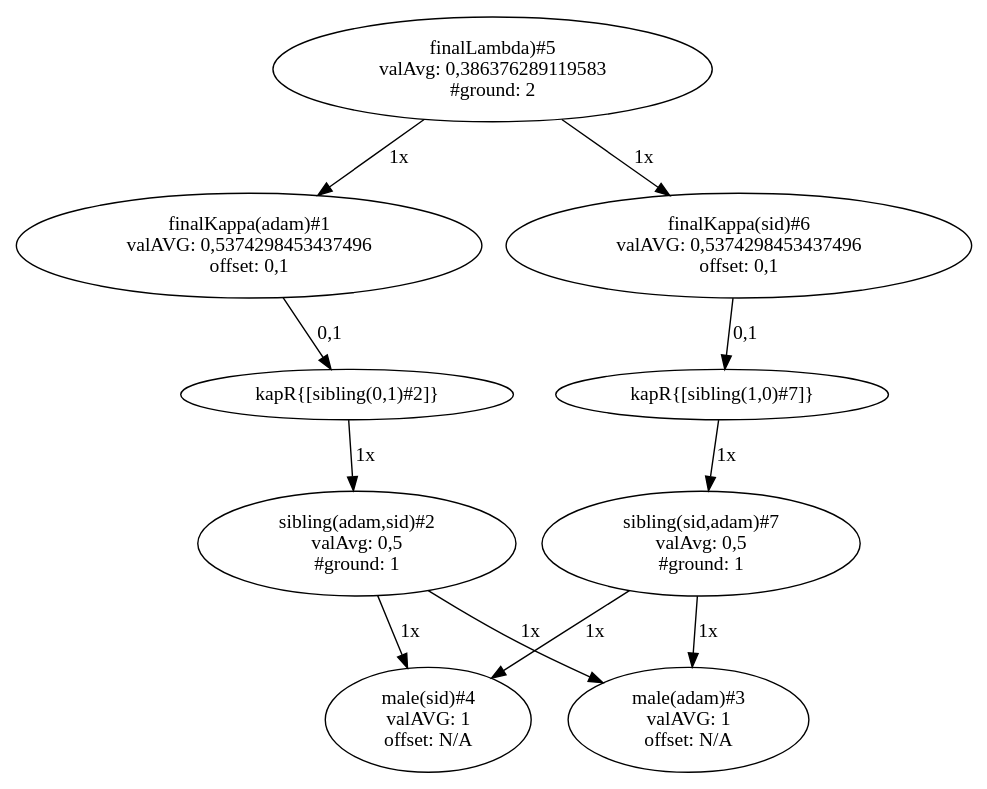
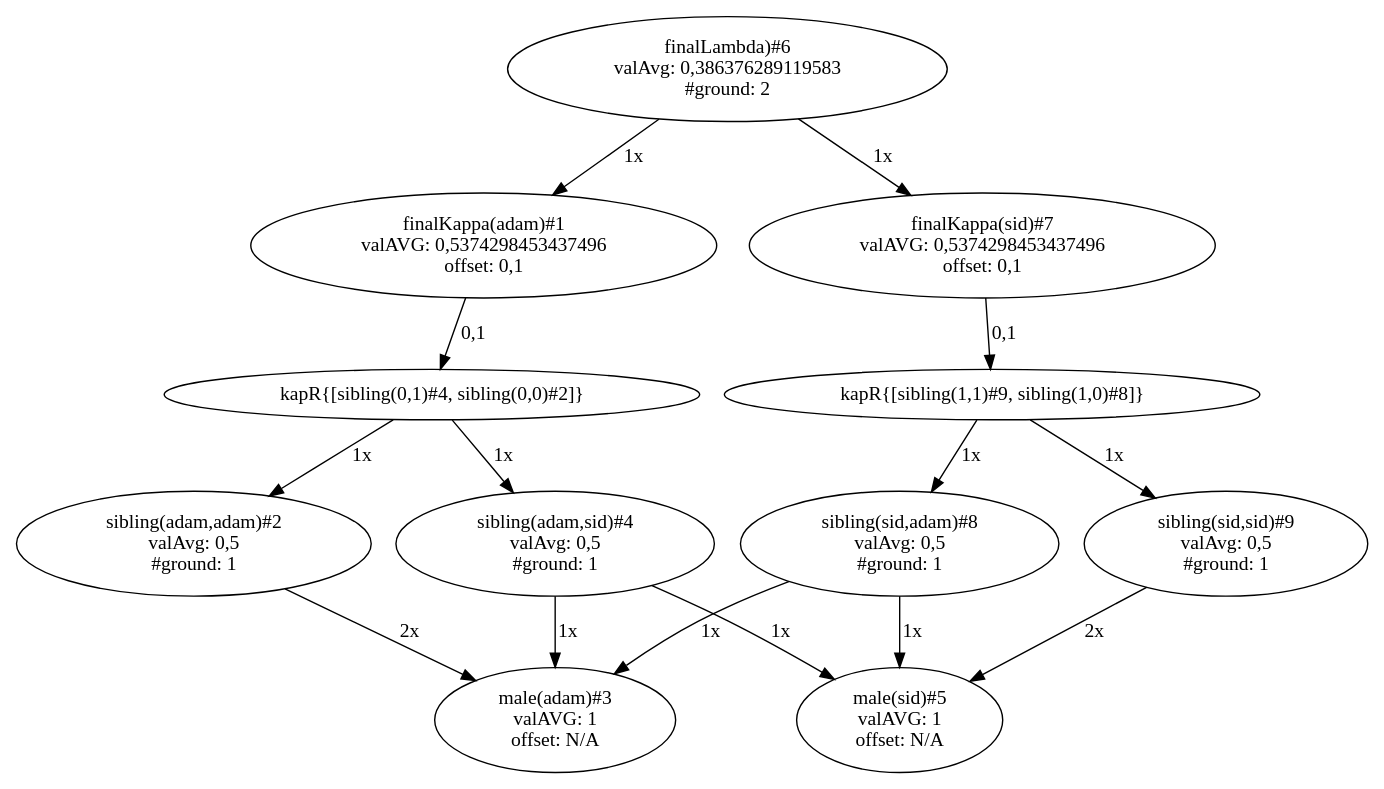
Before and after one commit to GustikS/Neurologic: the diagram in graph.dot, drawn with Graphviz. The commit also changed 9 other files, not shown here.

```diff
--- a/graph.dot
+++ b/graph.dot
@@ -1,44 +1,60 @@
 digraph G {
-"finalLambda)#5
+"finalLambda)#6
 valAvg: 0,386376289119583
 #ground: 2" -> "finalKappa(adam)#1
 valAVG: 0,5374298453437496
 offset: 0,1" [ label = "1x" ];
 "finalKappa(adam)#1
 valAVG: 0,5374298453437496
-offset: 0,1" -> "kapR{[sibling(0,1)#2]}" [ label = "0,1" ];
-"kapR{[sibling(0,1)#2]}" -> "sibling(adam,sid)#2
+offset: 0,1" -> "kapR{[sibling(0,1)#4, sibling(0,0)#2]}" [ label = "0,1" ];
+"kapR{[sibling(0,1)#4, sibling(0,0)#2]}" -> "sibling(adam,sid)#4
 valAvg: 0,5
 #ground: 1" [ label = "1x" ];
-"sibling(adam,sid)#2
+"kapR{[sibling(0,1)#4, sibling(0,0)#2]}" -> "sibling(adam,adam)#2
 valAvg: 0,5
-#ground: 1" -> "male(sid)#4
+#ground: 1" [ label = "1x" ];
+"sibling(adam,sid)#4
+valAvg: 0,5
+#ground: 1" -> "male(sid)#5
 valAVG: 1
 offset: N/A" [ label = "1x" ];
-"sibling(adam,sid)#2
+"sibling(adam,sid)#4
 valAvg: 0,5
 #ground: 1" -> "male(adam)#3
 valAVG: 1
 offset: N/A" [ label = "1x" ];
-"finalLambda)#5
+"sibling(adam,adam)#2
+valAvg: 0,5
+#ground: 1" -> "male(adam)#3
+valAVG: 1
+offset: N/A" [ label = "2x" ];
+"finalLambda)#6
 valAvg: 0,386376289119583
-#ground: 2" -> "finalKappa(sid)#6
+#ground: 2" -> "finalKappa(sid)#7
 valAVG: 0,5374298453437496
 offset: 0,1" [ label = "1x" ];
-"finalKappa(sid)#6
+"finalKappa(sid)#7
 valAVG: 0,5374298453437496
-offset: 0,1" -> "kapR{[sibling(1,0)#7]}" [ label = "0,1" ];
-"kapR{[sibling(1,0)#7]}" -> "sibling(sid,adam)#7
+offset: 0,1" -> "kapR{[sibling(1,1)#9, sibling(1,0)#8]}" [ label = "0,1" ];
+"kapR{[sibling(1,1)#9, sibling(1,0)#8]}" -> "sibling(sid,sid)#9
 valAvg: 0,5
 #ground: 1" [ label = "1x" ];
-"sibling(sid,adam)#7
+"kapR{[sibling(1,1)#9, sibling(1,0)#8]}" -> "sibling(sid,adam)#8
 valAvg: 0,5
-#ground: 1" -> "male(sid)#4
+#ground: 1" [ label = "1x" ];
+"sibling(sid,sid)#9
+valAvg: 0,5
+#ground: 1" -> "male(sid)#5
+valAVG: 1
+offset: N/A" [ label = "2x" ];
+"sibling(sid,adam)#8
+valAvg: 0,5
+#ground: 1" -> "male(sid)#5
 valAVG: 1
 offset: N/A" [ label = "1x" ];
-"sibling(sid,adam)#7
+"sibling(sid,adam)#8
 valAvg: 0,5
 #ground: 1" -> "male(adam)#3
 valAVG: 1
 offset: N/A" [ label = "1x" ];
 }
```
